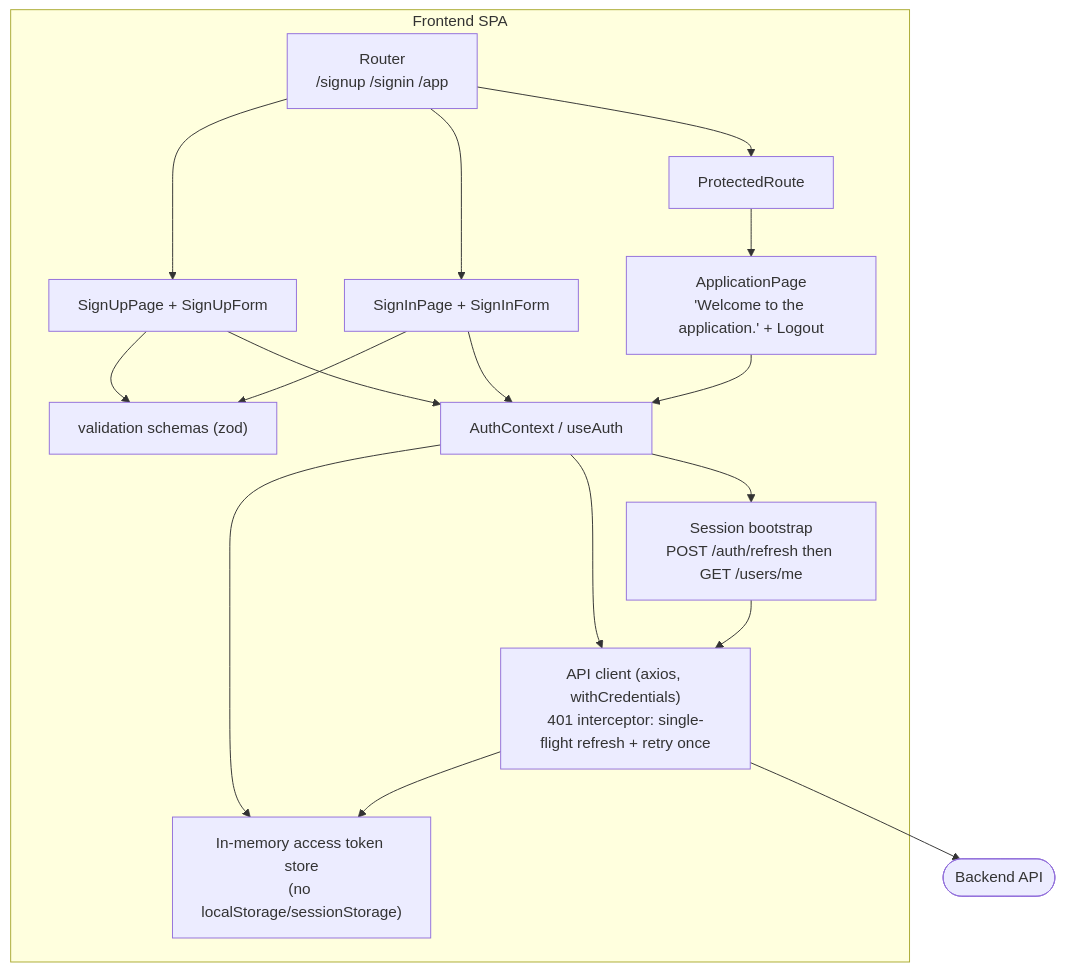
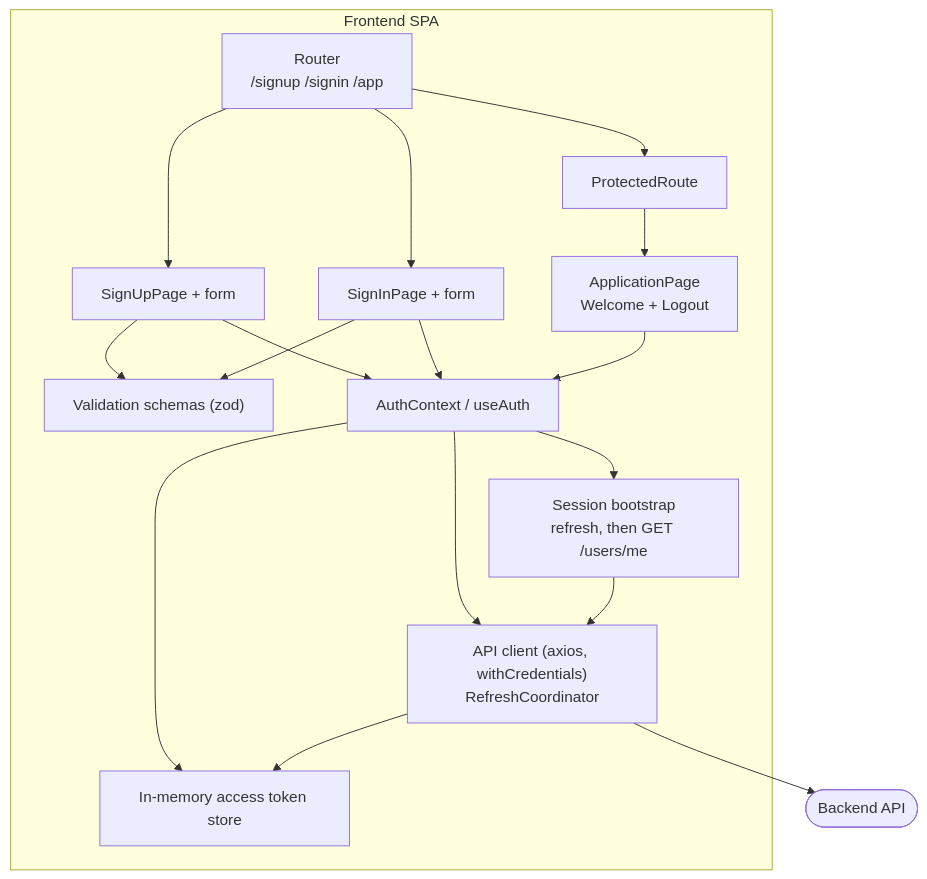
One commit to Rowan-habashy/easyGenerator-auth changed the second of 2 diagrams in docs/architecture/c3-component.md. Above: the diagram before and after it, drawn with Mermaid. The commit also changed other lines of this file and 3 other files, not shown here.

Commit message:
Update on design architecture

````diff
--- a/docs/architecture/c3-component.md
+++ b/docs/architecture/c3-component.md
@@ -52,25 +76,25 @@
 ```mermaid
 flowchart TB
     subgraph spa[Frontend SPA]
         router["Router<br/>/signup /signin /app"]
         pr["ProtectedRoute"]
-        su["SignUpPage + SignUpForm"]
-        si["SignInPage + SignInForm"]
-        app["ApplicationPage<br/>'Welcome to the application.' + Logout"]
-        val["validation schemas (zod)"]
+        su["SignUpPage + form"]
+        si["SignInPage + form"]
+        app["ApplicationPage<br/>Welcome + Logout"]
+        val["Validation schemas (zod)"]
         ctx["AuthContext / useAuth"]
-        http["API client (axios, withCredentials)<br/>401 interceptor: single-flight refresh + retry once"]
-        store["In-memory access token store<br/>(no localStorage/sessionStorage)"]
-        boot["Session bootstrap<br/>POST /auth/refresh then GET /users/me"]
+        http["API client (axios, withCredentials)<br/>RefreshCoordinator"]
+        store["In-memory access token store"]
+        boot["Session bootstrap<br/>refresh, then GET /users/me"]
     end
     api([Backend API])
 
     router --> su & si
     router --> pr --> app
     su & si --> val
     su & si --> ctx --> http --> api
     ctx --> store
     http --> store
     ctx --> boot --> http
     app --> ctx
 ```
````
